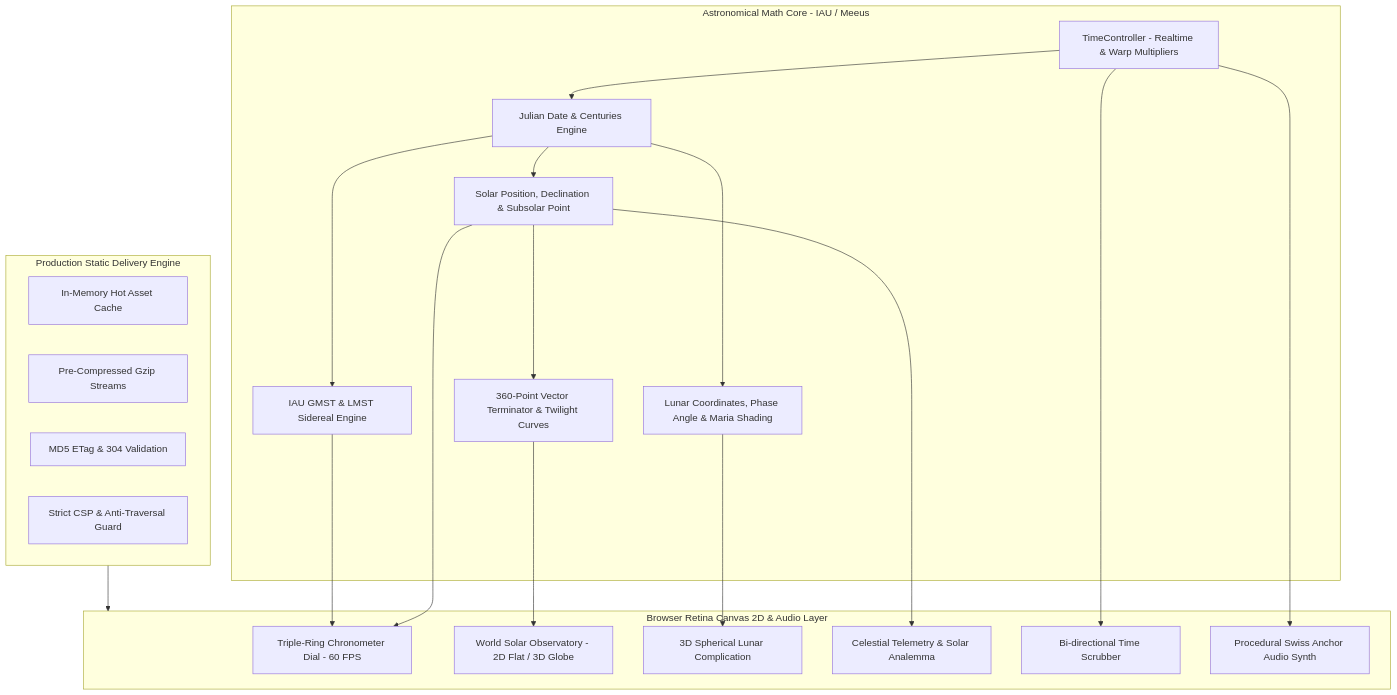
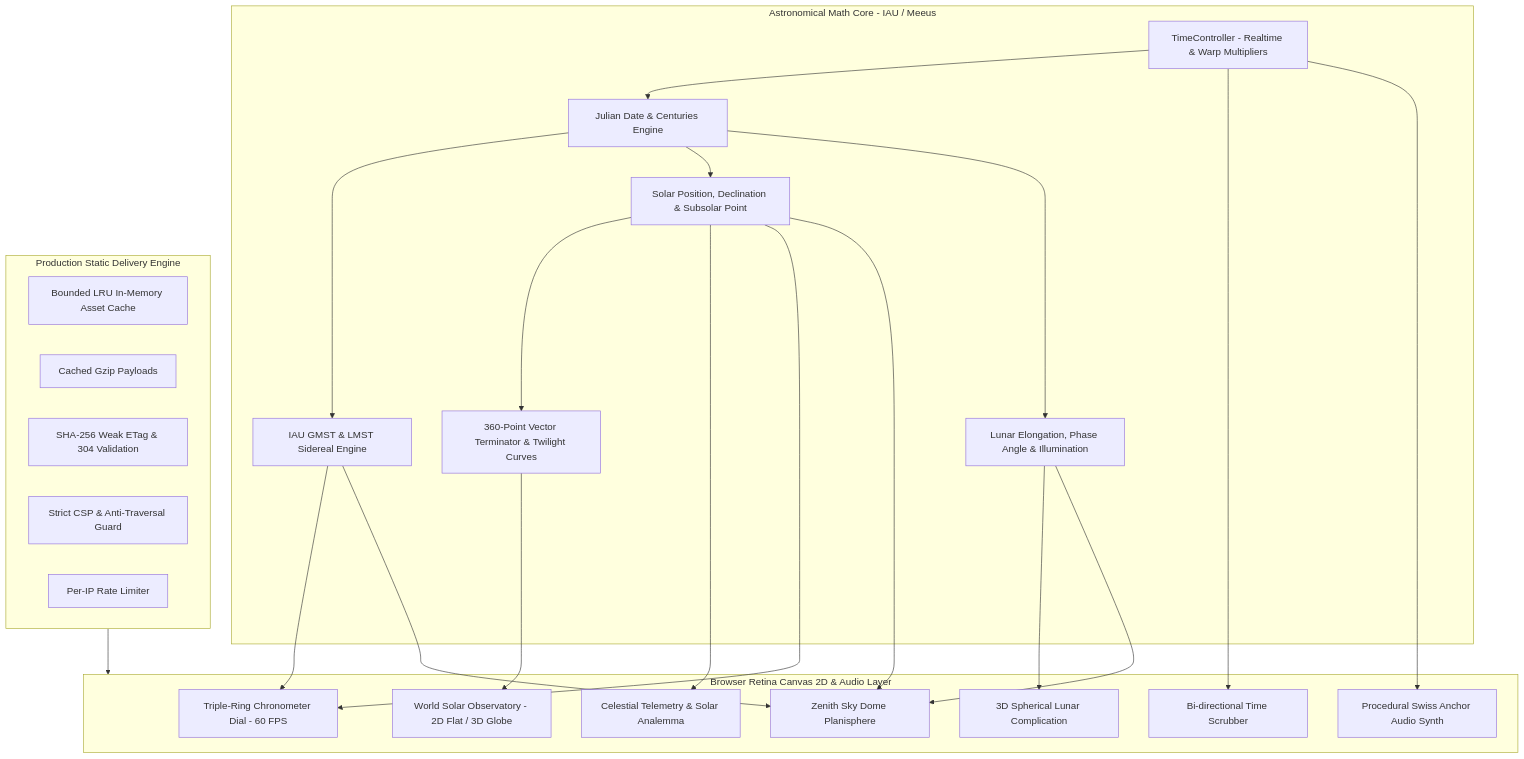
The diagram in README.md (underratedgitter/Meridian-Chronometer), drawn with Mermaid before and after one commit. The commit also changed other lines of this file, not shown here.

````diff
--- a/README.md
+++ b/README.md
@@ -208,43 +220,48 @@
 ```mermaid
 flowchart TD
     subgraph Client_UI [Browser Retina Canvas 2D & Audio Layer]
         Dial[Triple-Ring Chronometer Dial - 60 FPS]
         WorldMap[World Solar Observatory - 2D Flat / 3D Globe]
         Moon[3D Spherical Lunar Complication]
         Telemetry[Celestial Telemetry & Solar Analemma]
         Scrubber[Bi-directional Time Scrubber]
         Escapement[Procedural Swiss Anchor Audio Synth]
+        SkyDome[Zenith Sky Dome Planisphere]
     end
 
     subgraph Astronomy_Engine [Astronomical Math Core - IAU / Meeus]
         TimeCtrl[TimeController - Realtime & Warp Multipliers]
         JDCalc[Julian Date & Centuries Engine]
         GMSTCalc[IAU GMST & LMST Sidereal Engine]
         SolarEphem[Solar Position, Declination & Subsolar Point]
-        LunarEphem[Lunar Coordinates, Phase Angle & Maria Shading]
+        LunarEphem[Lunar Elongation, Phase Angle & Illumination]
         TwilightMesh[360-Point Vector Terminator & Twilight Curves]
     end
 
     subgraph Server_Infrastructure [Production Static Delivery Engine]
-        RAMCache[In-Memory Hot Asset Cache]
-        GzipStream[Pre-Compressed Gzip Streams]
-        ETagEngine[MD5 ETag & 304 Validation]
+        RAMCache[Bounded LRU In-Memory Asset Cache]
+        GzipStream[Cached Gzip Payloads]
+        ETagEngine[SHA-256 Weak ETag & 304 Validation]
         SecurityHeaders[Strict CSP & Anti-Traversal Guard]
+        RateLimiter[Per-IP Rate Limiter]
     end
 
     TimeCtrl --> JDCalc
     JDCalc --> GMSTCalc
     JDCalc --> SolarEphem
     JDCalc --> LunarEphem
     SolarEphem --> TwilightMesh
 
     TwilightMesh --> WorldMap
     SolarEphem --> Telemetry
     SolarEphem --> Dial
     GMSTCalc --> Dial
     LunarEphem --> Moon
+    GMSTCalc --> SkyDome
+    SolarEphem --> SkyDome
+    LunarEphem --> SkyDome
     TimeCtrl --> Scrubber
     TimeCtrl --> Escapement
 
     Server_Infrastructure --> Client_UI
 ```
````
